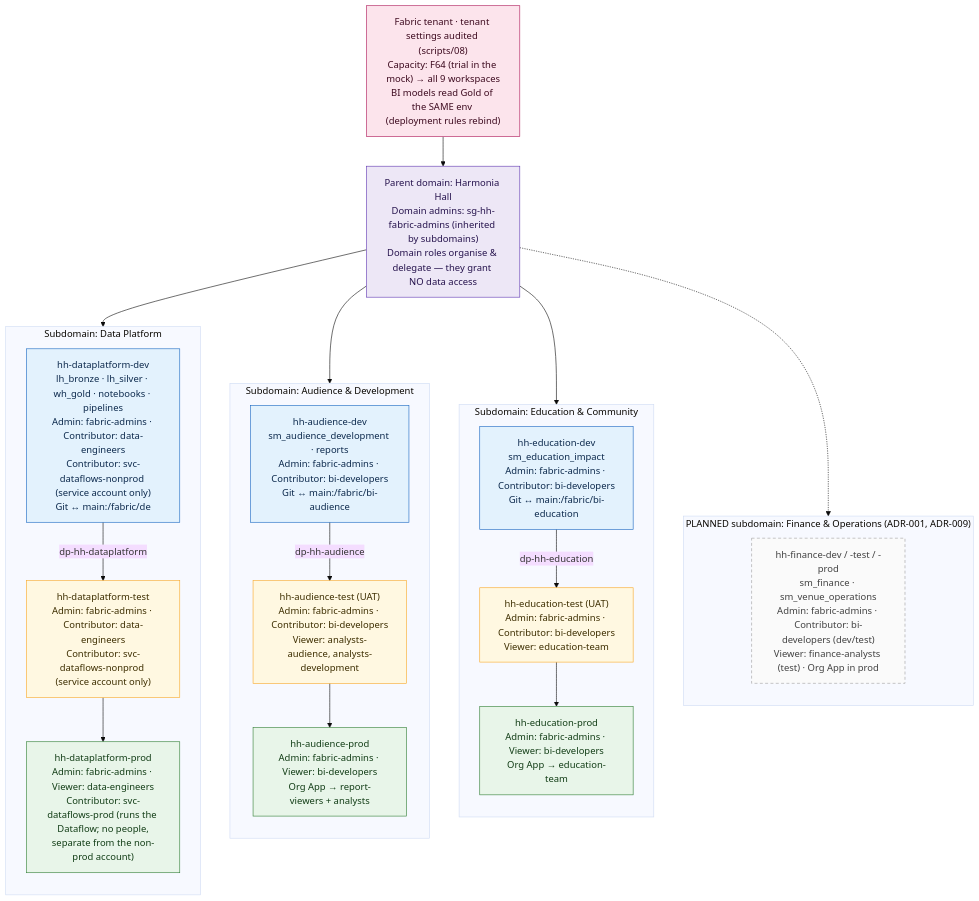
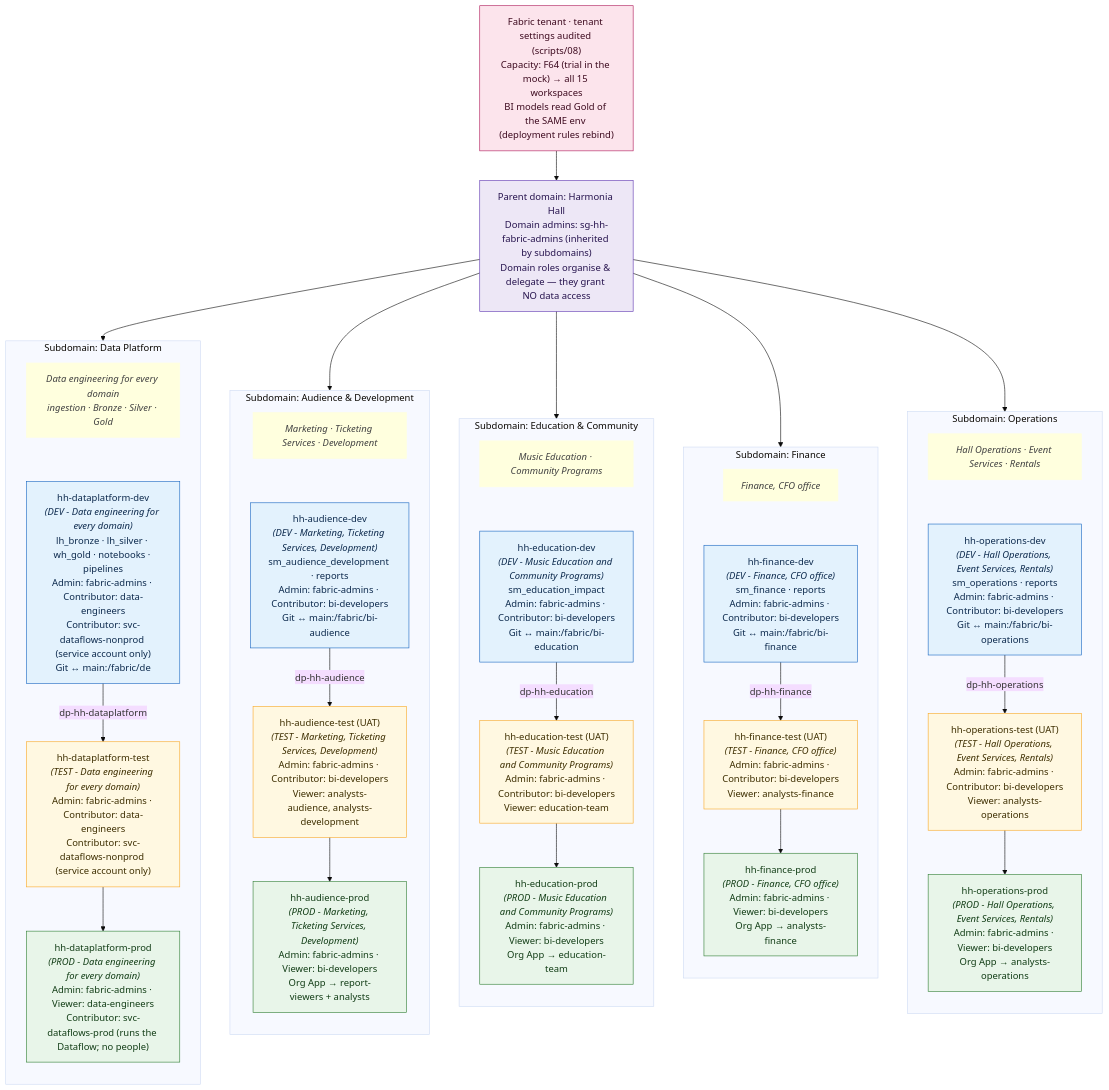
Before and after one commit to musatouray/performing-arts-audience-development-platform: the diagram in docs/diagrams/src/02-tenant-topology.mmd, drawn with Mermaid (base theme). The commit also changed 52 other files, not shown here.

Commit message:
MIP, Diese, Finance and OPerations spokes

```diff
--- a/docs/diagrams/src/02-tenant-topology.mmd
+++ b/docs/diagrams/src/02-tenant-topology.mmd
@@ -1,40 +1,59 @@
 %% Tenant topology: domains organise; WORKSPACE roles grant access
 flowchart TB
   classDef dom fill:#EDE7F6,stroke:#5E35B1,color:#26134D
   classDef dev fill:#E3F2FD,stroke:#1565C0,color:#0D2A4D
   classDef test fill:#FFF8E1,stroke:#F9A825,color:#3D2E00
   classDef prod fill:#E8F5E9,stroke:#2E7D32,color:#123D16
   classDef cap fill:#FCE4EC,stroke:#AD1457,color:#3D0A1F
-  classDef planned fill:#FAFAFA,stroke:#9E9E9E,color:#424242,stroke-dasharray: 5 4
+  classDef serves fill:#FFFFDE,stroke:#FFFFDE,color:#424242,font-style:italic
 
-  TEN["Fabric tenant · tenant settings audited (scripts/08)<br/>Capacity: F64 (trial in the mock) → all 9 workspaces<br/>BI models read Gold of the SAME env (deployment rules rebind)"]:::cap
+  TEN["Fabric tenant · tenant settings audited (scripts/08)<br/>Capacity: F64 (trial in the mock) → all 15 workspaces<br/>BI models read Gold of the SAME env (deployment rules rebind)"]:::cap
   ORG["Parent domain: Harmonia Hall<br/>Domain admins: sg-hh-fabric-admins (inherited by subdomains)<br/>Domain roles organise & delegate — they grant NO data access"]:::dom
   TEN --> ORG
 
   subgraph D1["Subdomain: Data Platform"]
     direction TB
-    W1D["hh-dataplatform-dev<br/>lh_bronze · lh_silver · wh_gold · notebooks · pipelines<br/>Admin: fabric-admins · Contributor: data-engineers<br/>Contributor: svc-dataflows-nonprod (service account only)<br/>Git ↔ main:/fabric/de"]:::dev
-    W1T["hh-dataplatform-test<br/>Admin: fabric-admins · Contributor: data-engineers<br/>Contributor: svc-dataflows-nonprod (service account only)"]:::test
-    W1P["hh-dataplatform-prod<br/>Admin: fabric-admins · Viewer: data-engineers<br/>Contributor: svc-dataflows-prod (runs the Dataflow; no people,<br/>separate from the non-prod account)"]:::prod
+    HD1["Data engineering for every domain<br/>ingestion · Bronze · Silver · Gold"]:::serves
+    HD1 ~~~ W1D
+    W1D["hh-dataplatform-dev<br/><i>(DEV - Data engineering for every domain)</i><br/>lh_bronze · lh_silver · wh_gold · notebooks · pipelines<br/>Admin: fabric-admins · Contributor: data-engineers<br/>Contributor: svc-dataflows-nonprod (service account only)<br/>Git ↔ main:/fabric/de"]:::dev
+    W1T["hh-dataplatform-test<br/><i>(TEST - Data engineering for every domain)</i><br/>Admin: fabric-admins · Contributor: data-engineers<br/>Contributor: svc-dataflows-nonprod (service account only)"]:::test
+    W1P["hh-dataplatform-prod<br/><i>(PROD - Data engineering for every domain)</i><br/>Admin: fabric-admins · Viewer: data-engineers<br/>Contributor: svc-dataflows-prod (runs the Dataflow; no people)"]:::prod
     W1D -- "dp-hh-dataplatform" --> W1T --> W1P
   end
   subgraph D2["Subdomain: Audience & Development"]
     direction TB
-    W2D["hh-audience-dev<br/>sm_audience_development · reports<br/>Admin: fabric-admins · Contributor: bi-developers<br/>Git ↔ main:/fabric/bi-audience"]:::dev
-    W2T["hh-audience-test (UAT)<br/>Admin: fabric-admins · Contributor: bi-developers<br/>Viewer: analysts-audience, analysts-development"]:::test
-    W2P["hh-audience-prod<br/>Admin: fabric-admins · Viewer: bi-developers<br/>Org App → report-viewers + analysts"]:::prod
+    HD2["Marketing · Ticketing Services · Development"]:::serves
+    HD2 ~~~ W2D
+    W2D["hh-audience-dev<br/><i>(DEV - Marketing, Ticketing Services, Development)</i><br/>sm_audience_development · reports<br/>Admin: fabric-admins · Contributor: bi-developers<br/>Git ↔ main:/fabric/bi-audience"]:::dev
+    W2T["hh-audience-test (UAT)<br/><i>(TEST - Marketing, Ticketing Services, Development)</i><br/>Admin: fabric-admins · Contributor: bi-developers<br/>Viewer: analysts-audience, analysts-development"]:::test
+    W2P["hh-audience-prod<br/><i>(PROD - Marketing, Ticketing Services, Development)</i><br/>Admin: fabric-admins · Viewer: bi-developers<br/>Org App → report-viewers + analysts"]:::prod
     W2D -- "dp-hh-audience" --> W2T --> W2P
   end
   subgraph D3["Subdomain: Education & Community"]
     direction TB
-    W3D["hh-education-dev<br/>sm_education_impact<br/>Admin: fabric-admins · Contributor: bi-developers<br/>Git ↔ main:/fabric/bi-education"]:::dev
-    W3T["hh-education-test (UAT)<br/>Admin: fabric-admins · Contributor: bi-developers<br/>Viewer: education-team"]:::test
-    W3P["hh-education-prod<br/>Admin: fabric-admins · Viewer: bi-developers<br/>Org App → education-team"]:::prod
+    HD3["Music Education · Community Programs"]:::serves
+    HD3 ~~~ W3D
+    W3D["hh-education-dev<br/><i>(DEV - Music Education and Community Programs)</i><br/>sm_education_impact<br/>Admin: fabric-admins · Contributor: bi-developers<br/>Git ↔ main:/fabric/bi-education"]:::dev
+    W3T["hh-education-test (UAT)<br/><i>(TEST - Music Education and Community Programs)</i><br/>Admin: fabric-admins · Contributor: bi-developers<br/>Viewer: education-team"]:::test
+    W3P["hh-education-prod<br/><i>(PROD - Music Education and Community Programs)</i><br/>Admin: fabric-admins · Viewer: bi-developers<br/>Org App → education-team"]:::prod
     W3D -- "dp-hh-education" --> W3T --> W3P
   end
-  subgraph D4["PLANNED subdomain: Finance & Operations (ADR-001, ADR-009)"]
+  subgraph D4["Subdomain: Finance"]
     direction TB
-    W4["hh-finance-dev / -test / -prod<br/>sm_finance · sm_venue_operations<br/>Admin: fabric-admins · Contributor: bi-developers (dev/test)<br/>Viewer: finance-analysts (test) · Org App in prod"]:::planned
+    HD4["Finance, CFO office"]:::serves
+    HD4 ~~~ W4D
+    W4D["hh-finance-dev<br/><i>(DEV - Finance, CFO office)</i><br/>sm_finance · reports<br/>Admin: fabric-admins · Contributor: bi-developers<br/>Git ↔ main:/fabric/bi-finance"]:::dev
+    W4T["hh-finance-test (UAT)<br/><i>(TEST - Finance, CFO office)</i><br/>Admin: fabric-admins · Contributor: bi-developers<br/>Viewer: analysts-finance"]:::test
+    W4P["hh-finance-prod<br/><i>(PROD - Finance, CFO office)</i><br/>Admin: fabric-admins · Viewer: bi-developers<br/>Org App → analysts-finance"]:::prod
+    W4D -- "dp-hh-finance" --> W4T --> W4P
   end
-  ORG --> D1 & D2 & D3
-  ORG -.-> D4
+  subgraph D5["Subdomain: Operations"]
+    direction TB
+    HD5["Hall Operations · Event Services · Rentals"]:::serves
+    HD5 ~~~ W5D
+    W5D["hh-operations-dev<br/><i>(DEV - Hall Operations, Event Services, Rentals)</i><br/>sm_operations · reports<br/>Admin: fabric-admins · Contributor: bi-developers<br/>Git ↔ main:/fabric/bi-operations"]:::dev
+    W5T["hh-operations-test (UAT)<br/><i>(TEST - Hall Operations, Event Services, Rentals)</i><br/>Admin: fabric-admins · Contributor: bi-developers<br/>Viewer: analysts-operations"]:::test
+    W5P["hh-operations-prod<br/><i>(PROD - Hall Operations, Event Services, Rentals)</i><br/>Admin: fabric-admins · Viewer: bi-developers<br/>Org App → analysts-operations"]:::prod
+    W5D -- "dp-hh-operations" --> W5T --> W5P
+  end
+  ORG --> D1 & D2 & D3 & D4 & D5
```
